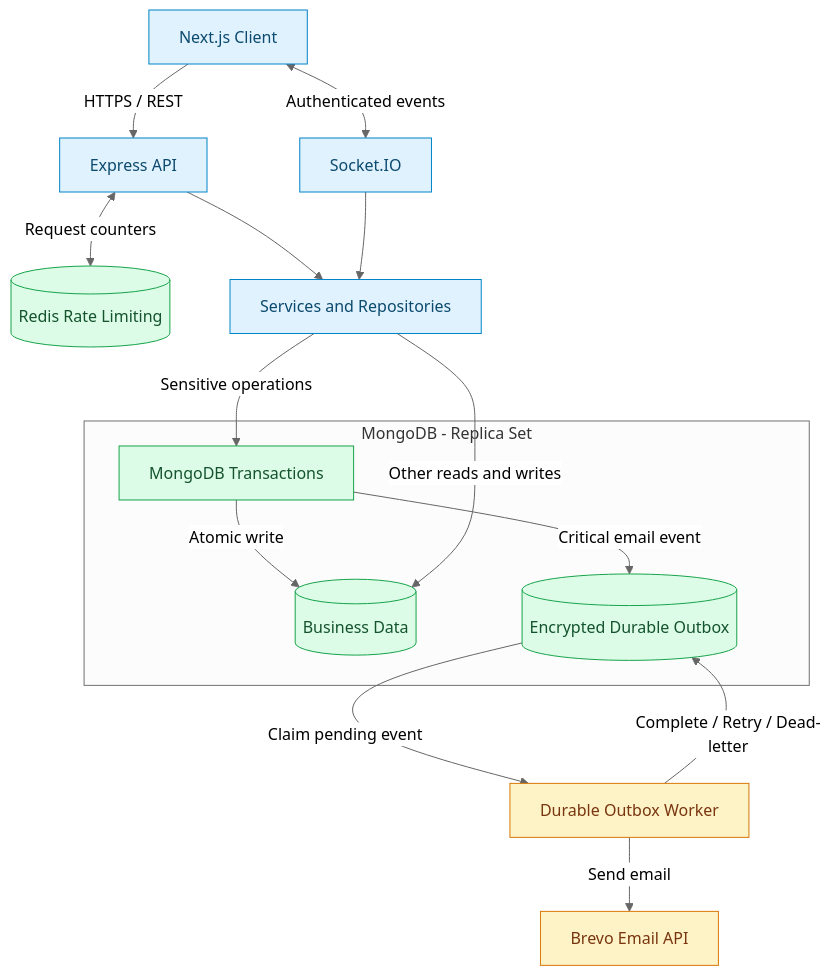
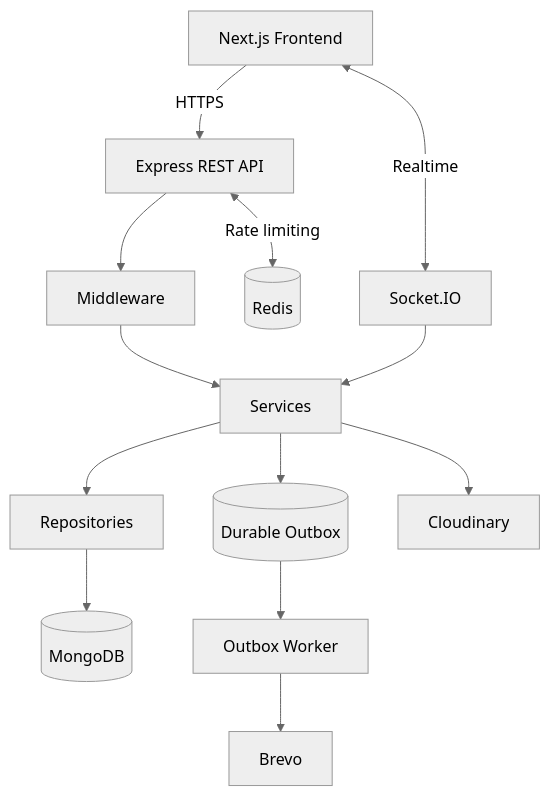
One commit to abuhager/Aoun-Project_BackEnd changed the diagram in README.md. Above: the diagram before and after it, drawn with Mermaid (neutral theme). The commit also changed other lines of this file, not shown here.

````diff
--- a/README.md
+++ b/README.md
@@ -60,37 +57,28 @@
 ```mermaid
 flowchart TD
-    client["Next.js Client"]
-    api["Express API"]
-    socket["Socket.IO"]
-    redis[("Redis Rate Limiting")]
-    services["Services and Repositories"]
+    FE["Next.js Frontend"]
+    API["Express REST API"]
+    SOCKET["Socket.IO"]
+    MW["Middleware"]
+    SERVICE["Services"]
+    REPO["Repositories"]
+    REDIS[("Redis")]
+    MONGO[("MongoDB")]
+    OUTBOX[("Durable Outbox")]
+    WORKER["Outbox Worker"]
+    BREVO["Brevo"]
+    CLOUDINARY["Cloudinary"]
 
-    subgraph persistence["MongoDB - Replica Set"]
-        tx["MongoDB Transactions"]
-        data[("Business Data")]
-        outbox[("Encrypted Durable Outbox")]
-        tx -->|"Atomic write"| data
-        tx -->|"Critical email event"| outbox
-    end
-
-    worker["Durable Outbox Worker"]
-    brevo["Brevo Email API"]
-
-    client -->|"HTTPS / REST"| api
-    client <-->|"Authenticated events"| socket
-    api <-->|"Request counters"| redis
-    api --> services
-    socket --> services
-    services -->|"Sensitive operations"| tx
-    services -->|"Other reads and writes"| data
-    outbox -->|"Claim pending event"| worker
-    worker -->|"Send email"| brevo
-    worker -->|"Complete / Retry / Dead-letter"| outbox
-
-    classDef app fill:#e0f2fe,stroke:#0284c7,color:#0c4a6e
-    classDef storage fill:#dcfce7,stroke:#16a34a,color:#14532d
-    classDef background fill:#fef3c7,stroke:#d97706,color:#78350f
-    class client,api,socket,services app
-    class redis,tx,data,outbox storage
-    class worker,brevo background
+    FE -->|HTTPS| API
+    FE <-->|Realtime| SOCKET
+    API --> MW
+    MW --> SERVICE
+    SOCKET --> SERVICE
+    SERVICE --> REPO
+    REPO --> MONGO
+    API <-->|Rate limiting| REDIS
+    SERVICE --> OUTBOX
+    OUTBOX --> WORKER
+    WORKER --> BREVO
+    SERVICE --> CLOUDINARY
 ```
````
